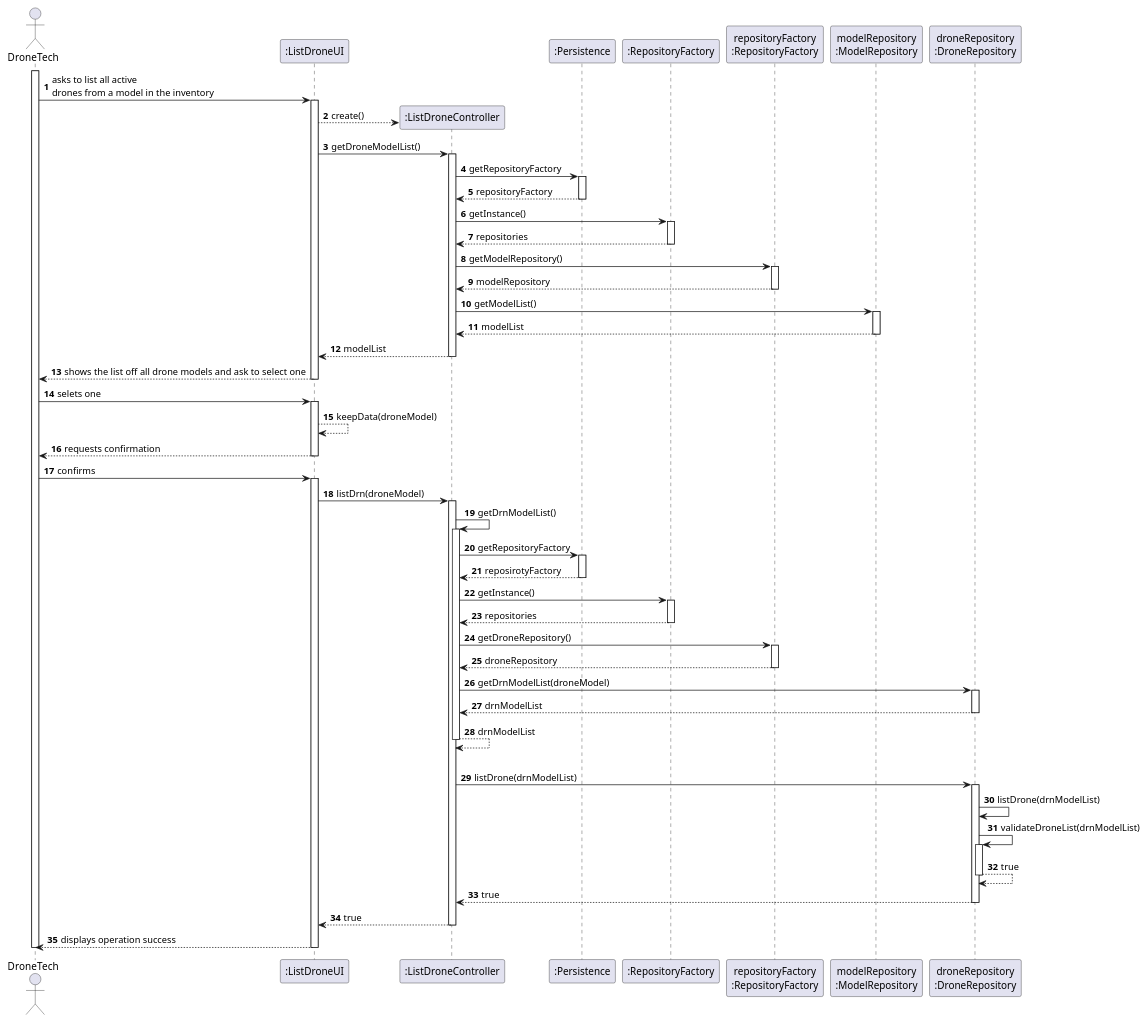
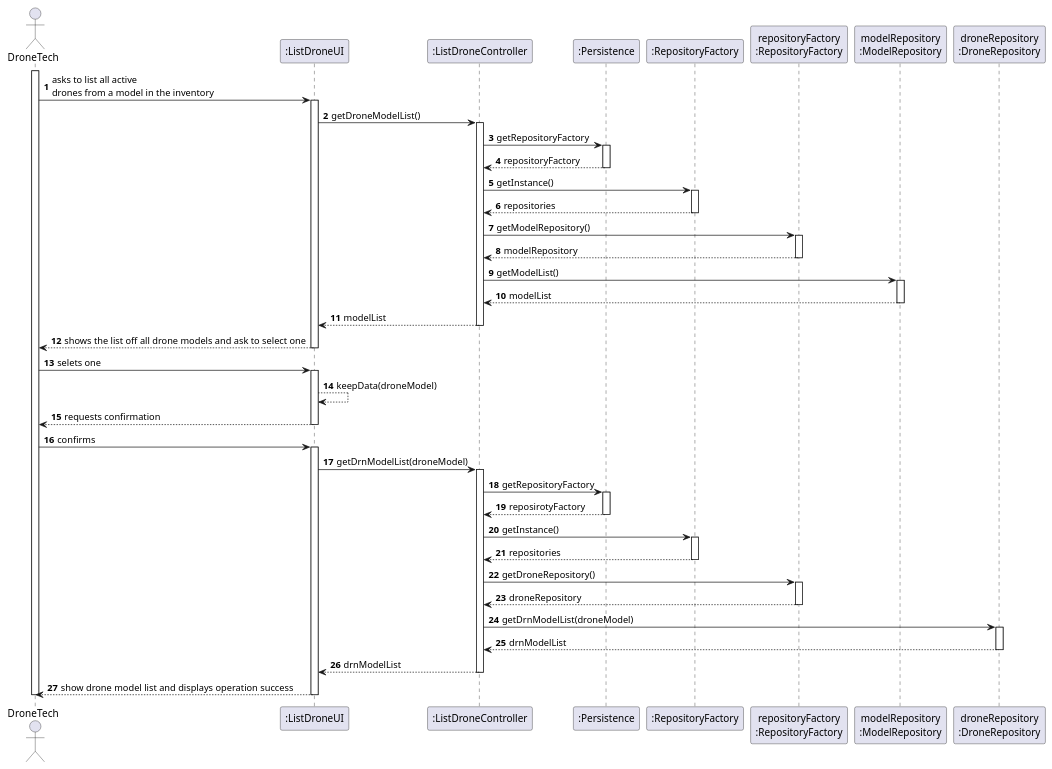
The diagram in docs/SPRINT_2/US243/puml/sequence_diagram_us243.puml (diogoveirospro/sem4pi-2024-2025-sem4pi_2024_2025_g44), drawn with PlantUML before and after one commit. The commit also changed 10 other files, not shown here.

```diff
--- a/docs/SPRINT_2/US243/puml/sequence_diagram_us243.puml
+++ b/docs/SPRINT_2/US243/puml/sequence_diagram_us243.puml
@@ -1,105 +1,87 @@
 @startuml
 'skinparam monochrome true
 skinparam packageStyle rectangle
 skinparam shadowing false
 
 autonumber
 
 'hide footbox
 actor "DroneTech" as EDT
 participant ":ListDroneUI" as UI
 participant ":ListDroneController" as CTRL
 participant ":Persistence" as PERS
 participant ":RepositoryFactory" as REPOS
 participant "repositoryFactory\n:RepositoryFactory" as REPOS_SINGLETON
 participant "modelRepository\n:ModelRepository" as MOD_REPO
 participant "droneRepository\n:DroneRepository" as DRN_REPO
 
 activate EDT
 
         EDT -> UI : asks to list all active \ndrones from a model in the inventory
         activate UI
-            UI --> CTRL** : create()
-
             UI -> CTRL : getDroneModelList()
                         activate CTRL
                             CTRL -> PERS : getRepositoryFactory
                             activate PERS
                             PERS --> CTRL : repositoryFactory
                             deactivate PERS
                             CTRL -> REPOS : getInstance()
                             activate REPOS
                                 REPOS --> CTRL: repositories
                             deactivate REPOS
 
                             CTRL -> REPOS_SINGLETON : getModelRepository()
                             activate REPOS_SINGLETON
                                 REPOS_SINGLETON --> CTRL: modelRepository
                             deactivate REPOS_SINGLETON
 
                             CTRL -> MOD_REPO : getModelList()
                             activate MOD_REPO
                                 MOD_REPO --> CTRL : modelList
                             deactivate MOD_REPO
                             CTRL --> UI : modelList
                         deactivate CTRL
                    UI --> EDT : shows the list off all drone models and ask to select one
                            deactivate UI
                      EDT -> UI : selets one
                         activate UI
             UI --> UI : keepData(droneModel)
 
 
 
     UI --> EDT : requests confirmation
     deactivate UI
     EDT -> UI : confirms
     activate UI
-        UI -> CTRL : listDrn(droneModel)
+        UI -> CTRL : getDrnModelList(droneModel)
         activate CTRL
-             CTRL -> CTRL: getDrnModelList()
-                                    activate CTRL
                                         CTRL -> PERS : getRepositoryFactory
                                                                     activate PERS
                                                                     PERS --> CTRL : reposirotyFactory
                                                                     deactivate PERS
                                         CTRL -> REPOS: getInstance()
                                         activate REPOS
 
                                                REPOS --> CTRL: repositories
 
                                         deactivate REPOS
 
                                         CTRL -> REPOS_SINGLETON: getDroneRepository()
                                         activate REPOS_SINGLETON
 
                                                REPOS_SINGLETON --> CTRL: droneRepository
                                         deactivate REPOS_SINGLETON
                                                         CTRL -> DRN_REPO: getDrnModelList(droneModel)
                                                         activate DRN_REPO
                                                         DRN_REPO --> CTRL: drnModelList
                                                         deactivate DRN_REPO
-                                    CTRL --> CTRL: drnModelList
-
-                                    |||
-                                                                        deactivate CTRL
-
-                                    CTRL -> DRN_REPO : listDrone(drnModelList)
-            activate DRN_REPO
-                DRN_REPO -> DRN_REPO: listDrone(drnModelList)
-                    DRN_REPO -> DRN_REPO: validateDroneList(drnModelList)
-                    activate DRN_REPO
-                        DRN_REPO --> DRN_REPO : true
-                    deactivate DRN_REPO
-
-                DRN_REPO --> CTRL : true
             deactivate DRN_REPO
 
-            CTRL --> UI: true
+            CTRL --> UI: drnModelList
             deactivate CTRL
-            UI --> EDT: displays operation success
+            UI --> EDT: show drone model list and displays operation success
     deactivate UI
 
 deactivate EDT
 
 @enduml
```
